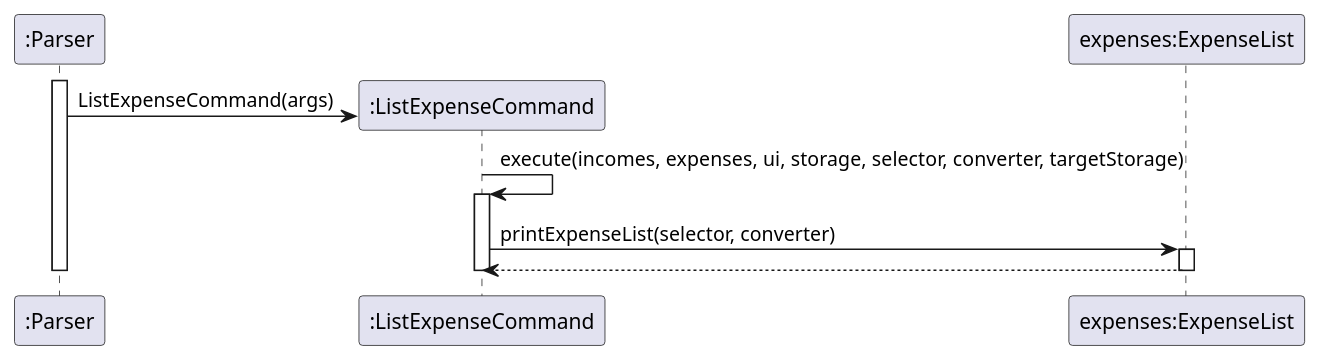
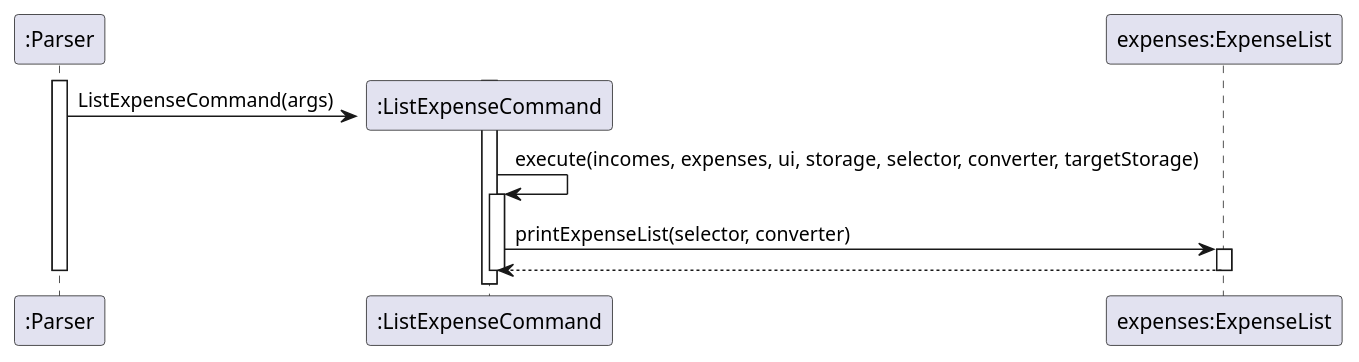
Before and after one commit to nus-cs2113-AY2223S2/tp: the diagram in docs/diagrams/ListExpenseCommand_Sequence_Diagram.puml, drawn with PlantUML. The commit also changed 3 other files, not shown here.

Commit message:
Add AddIncomeCommand description and UML diagram to DG

```diff
--- a/docs/diagrams/ListExpenseCommand_Sequence_Diagram.puml
+++ b/docs/diagrams/ListExpenseCommand_Sequence_Diagram.puml
@@ -1,22 +1,19 @@
 @startuml
 participant ":Parser" as Parser
 participant ":ListExpenseCommand" as ListExpenseCommand
 participant "expenses:ExpenseList" as ExpenseList
 
 activate Parser
-
 create ListExpenseCommand
+activate ListExpenseCommand
 Parser -> ListExpenseCommand : ListExpenseCommand(args)
 ListExpenseCommand -> ListExpenseCommand : execute(incomes, expenses, ui, storage, selector, converter, targetStorage)
-
 activate ListExpenseCommand
 ListExpenseCommand -> ExpenseList : printExpenseList(selector, converter)
-
 activate ExpenseList
 ExpenseList --> ListExpenseCommand
-
 deactivate ExpenseList
 deactivate ListExpenseCommand
 deactivate Parser
 
 @enduml
```
